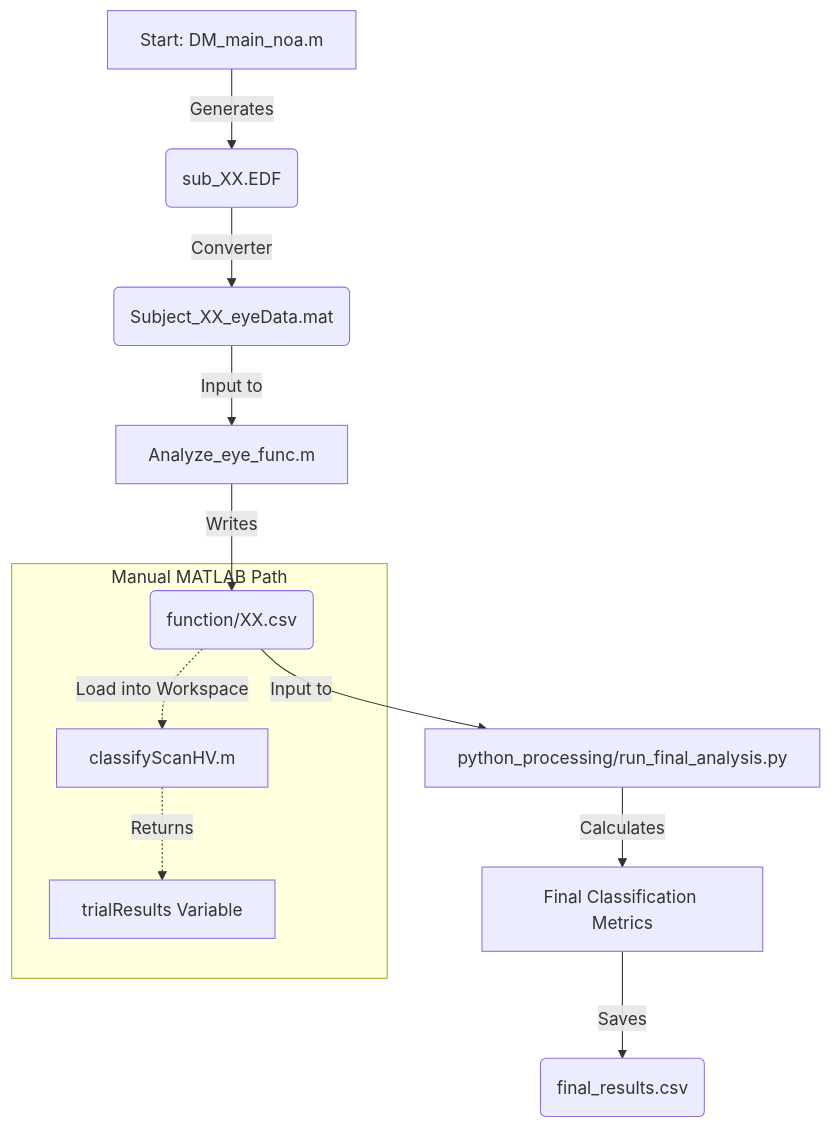
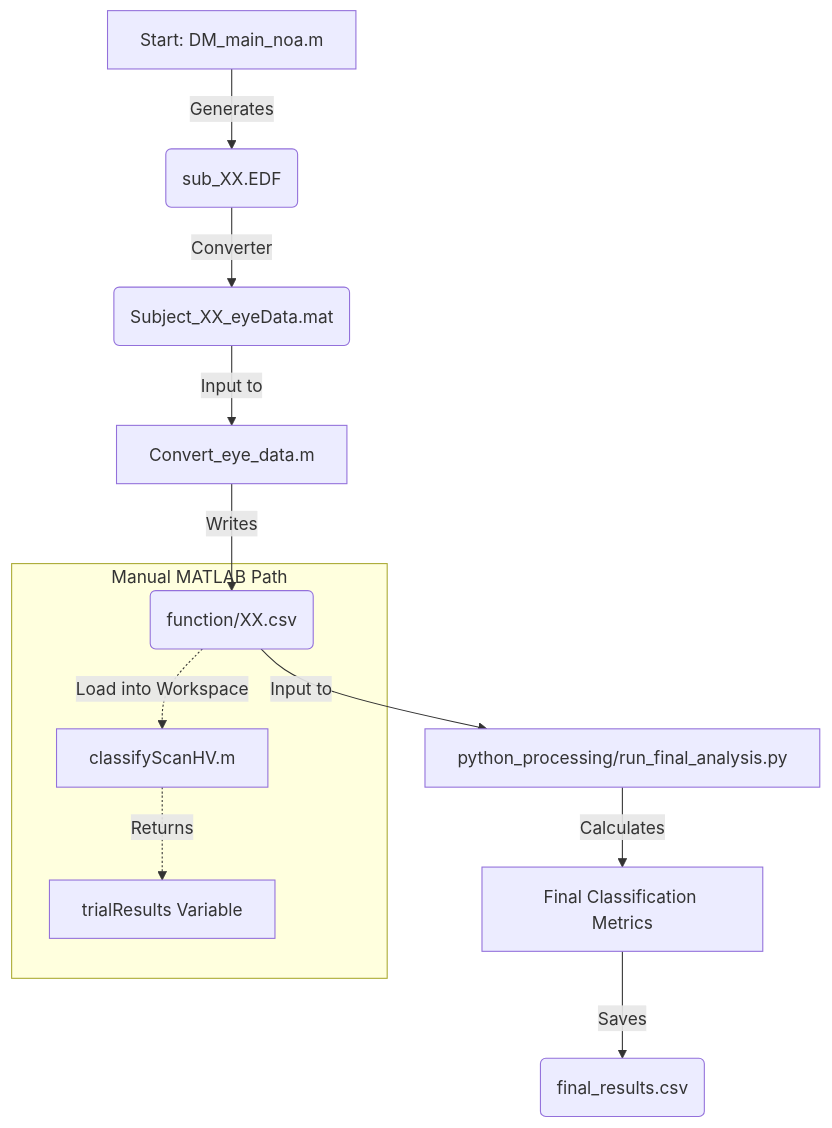
Before and after one commit to noabatelmoshe12/Thesis_EyeTracking: the diagram in architecture.md, drawn with Mermaid. The commit also changed other lines of this file and 17 other files, not shown here.

Commit message:
Refactor: Rename Analyze_eye_func_v2 to Convert_eye_data

````diff
--- a/architecture.md
+++ b/architecture.md
@@ -122,15 +121,15 @@
 ```mermaid
 graph TD
     A[Start: DM_main_noa.m] -->|Generates| B(sub_XX.EDF)
     B -->|Converter| C(Subject_XX_eyeData.mat)
-    C -->|Input to| D[Analyze_eye_func.m]
+    C -->|Input to| D[Convert_eye_data.m]
     D -->|Writes| E(function/XX.csv)
     E -->|Input to| F[python_processing/run_final_analysis.py]
     F -->|Calculates| G[Final Classification Metrics]
     G -->|Saves| H(final_results.csv)
     
     subgraph "Manual MATLAB Path"
     E -.->|Load into Workspace| I[classifyScanHV.m]
     I -.->|Returns| J[trialResults Variable]
     end
 ```
````
